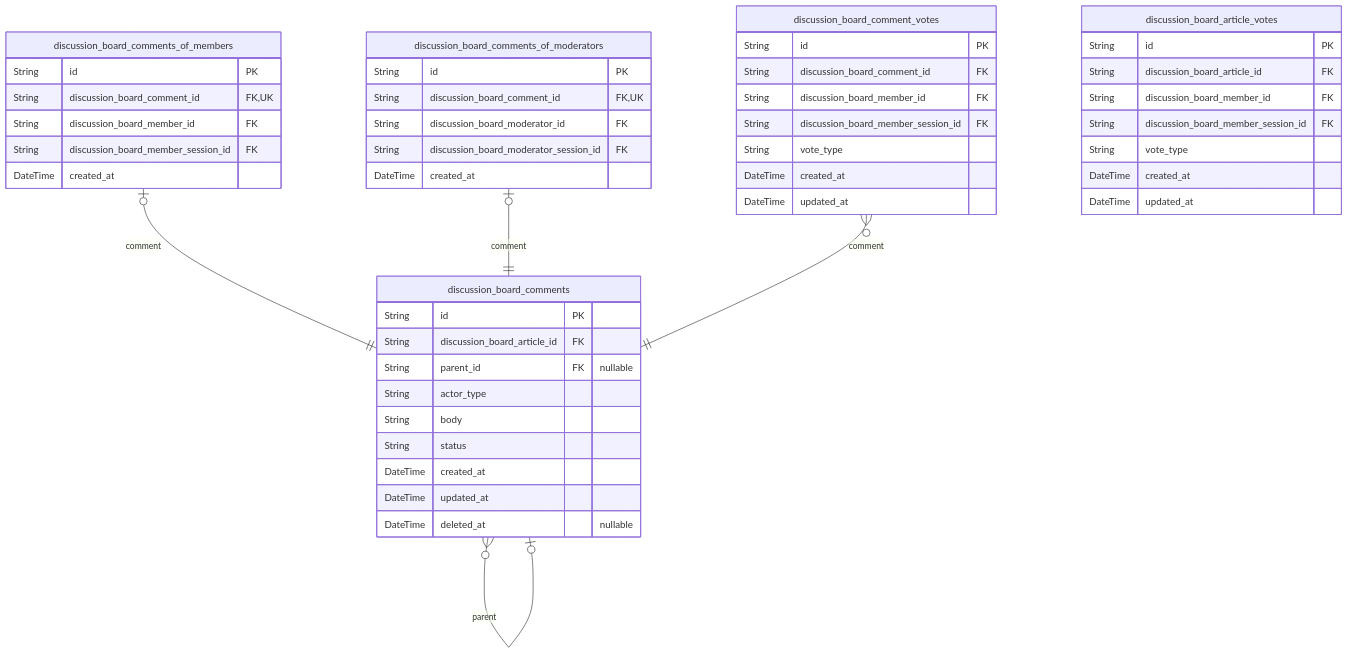
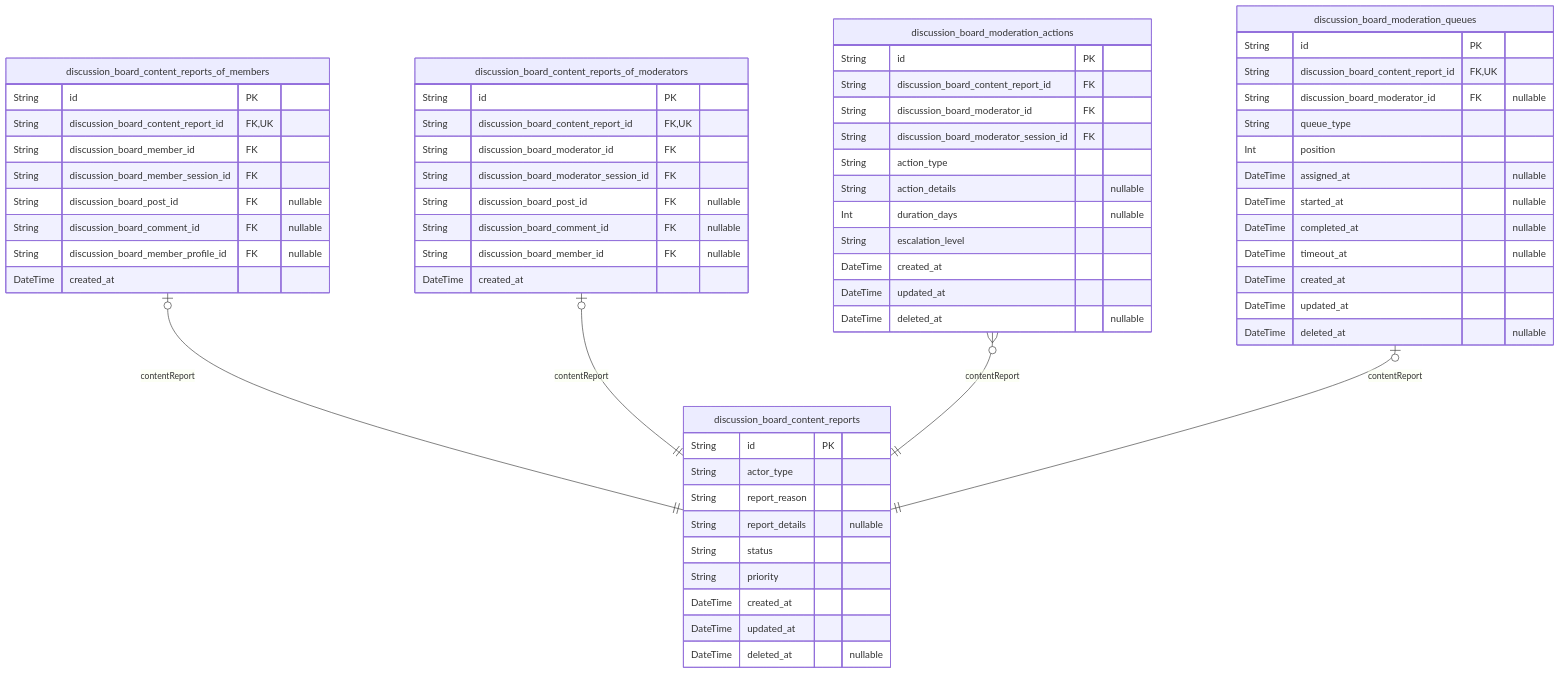
The sixth of 8 diagrams in deepseek/deepseek-v3.1-terminus-exacto/bbs/docs/ERD.md (wrtnlabs/autobe-examples), drawn with Mermaid before and after one commit. The commit also changed other lines of this file and 3569 other files, not shown here.

````diff
--- a/deepseek/deepseek-v3.1-terminus-exacto/bbs/docs/ERD.md
+++ b/deepseek/deepseek-v3.1-terminus-exacto/bbs/docs/ERD.md
@@ -779,50 +623,65 @@
 ```mermaid
 erDiagram
-"discussion_board_comments" {
+"discussion_board_content_reports" {
   String id PK
-  String discussion_board_article_id FK
-  String parent_id FK "nullable"
   String actor_type
-  String body
+  String report_reason
+  String report_details "nullable"
   String status
+  String priority
   DateTime created_at
   DateTime updated_at
   DateTime deleted_at "nullable"
 }
-"discussion_board_comments_of_members" {
+"discussion_board_content_reports_of_members" {
   String id PK
-  String discussion_board_comment_id FK,UK
+  String discussion_board_content_report_id FK,UK
   String discussion_board_member_id FK
   String discussion_board_member_session_id FK
+  String discussion_board_post_id FK "nullable"
+  String discussion_board_comment_id FK "nullable"
+  String discussion_board_member_profile_id FK "nullable"
   DateTime created_at
 }
-"discussion_board_comments_of_moderators" {
+"discussion_board_content_reports_of_moderators" {
   String id PK
-  String discussion_board_comment_id FK,UK
+  String discussion_board_content_report_id FK,UK
   String discussion_board_moderator_id FK
   String discussion_board_moderator_session_id FK
+  String discussion_board_post_id FK "nullable"
+  String discussion_board_comment_id FK "nullable"
+  String discussion_board_member_id FK "nullable"
   DateTime created_at
 }
-"discussion_board_comment_votes" {
+"discussion_board_moderation_actions" {
   String id PK
-  String discussion_board_comment_id FK
-  String discussion_board_member_id FK
-  String discussion_board_member_session_id FK
-  String vote_type
+  String discussion_board_content_report_id FK
+  String discussion_board_moderator_id FK
+  String discussion_board_moderator_session_id FK
+  String action_type
+  String action_details "nullable"
+  Int duration_days "nullable"
+  String escalation_level
   DateTime created_at
   DateTime updated_at
+  DateTime deleted_at "nullable"
 }
-"discussion_board_article_votes" {
+"discussion_board_moderation_queues" {
   String id PK
-  String discussion_board_article_id FK
-  String discussion_board_member_id FK
-  String discussion_board_member_session_id FK
-  String vote_type
+  String discussion_board_content_report_id FK,UK
+  String discussion_board_moderator_id FK "nullable"
+  String queue_type
+  Int position
+  DateTime assigned_at "nullable"
+  DateTime started_at "nullable"
+  DateTime completed_at "nullable"
+  DateTime timeout_at "nullable"
   DateTime created_at
   DateTime updated_at
+  DateTime deleted_at "nullable"
 }
-"discussion_board_comments" }o--o| "discussion_board_comments" : parent
-"discussion_board_comments_of_members" |o--|| "discussion_board_comments" : comment
-"discussion_board_comments_of_moderators" |o--|| "discussion_board_comments" : comment
-"discussion_board_comment_votes" }o--|| "discussion_board_comments" : comment
+"discussion_board_content_reports_of_members" |o--|| "discussion_board_content_reports" : contentReport
+"discussion_board_content_reports_of_moderators" |o--|| "discussion_board_content_reports" : contentReport
+"discussion_board_moderation_actions" }o--|| "discussion_board_content_reports" : contentReport
+"discussion_board_moderation_queues" |o--|| "discussion_board_content_reports" : contentReport
 ```
````
